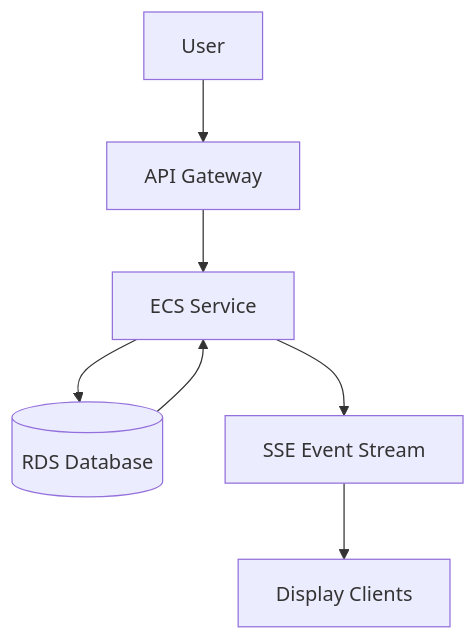
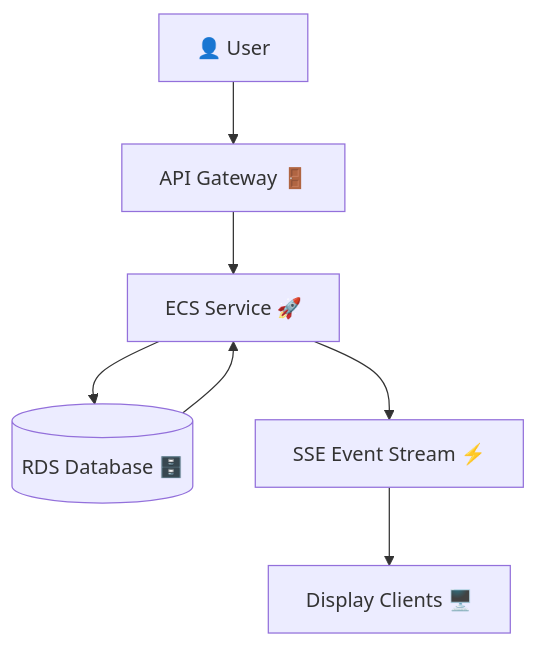
Before and after one commit to miangelisse-ux/kairoslive: the second of 4 diagrams in architecture.md, drawn with Mermaid. The commit also changed other lines of this file, not shown here.

````diff
--- a/architecture.md
+++ b/architecture.md
@@ -120,19 +123,19 @@
 ```mermaid
 flowchart TD
 
-User[User]
-APIGW[API Gateway]
-Backend[ECS Service]
-DB[(RDS Database)]
-Events[SSE Event Stream]
-Clients[Display Clients]
+User[👤 User]
+APIGW[API Gateway 🚪]
+Backend[ECS Service 🚀]
+DB[(RDS Database 🗄️)]
+Events[SSE Event Stream ⚡]
+Clients[Display Clients 🖥️]
 
 User --> APIGW
 APIGW --> Backend
 
 Backend --> DB
 DB --> Backend
 
 Backend --> Events
 Events --> Clients
 ```
````
